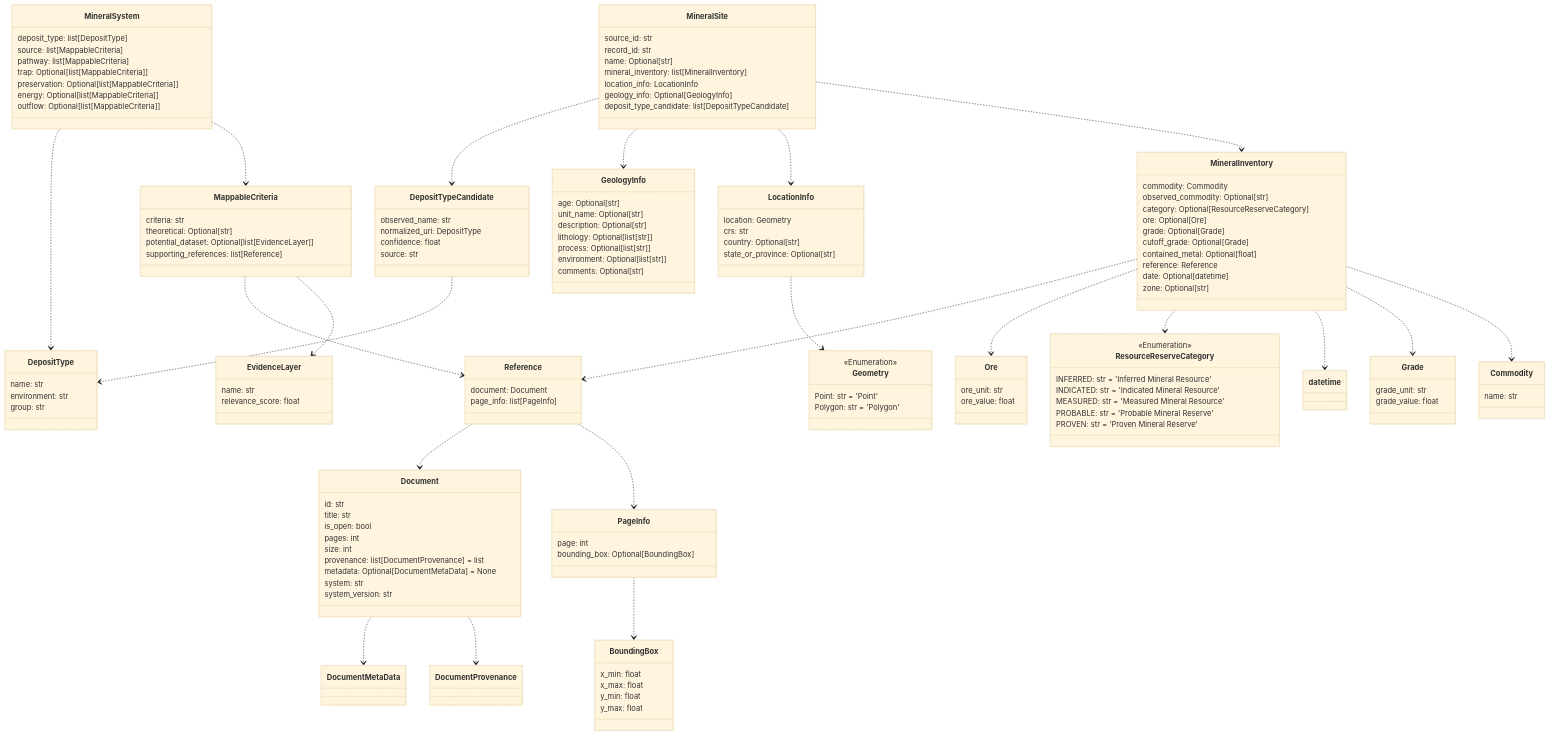
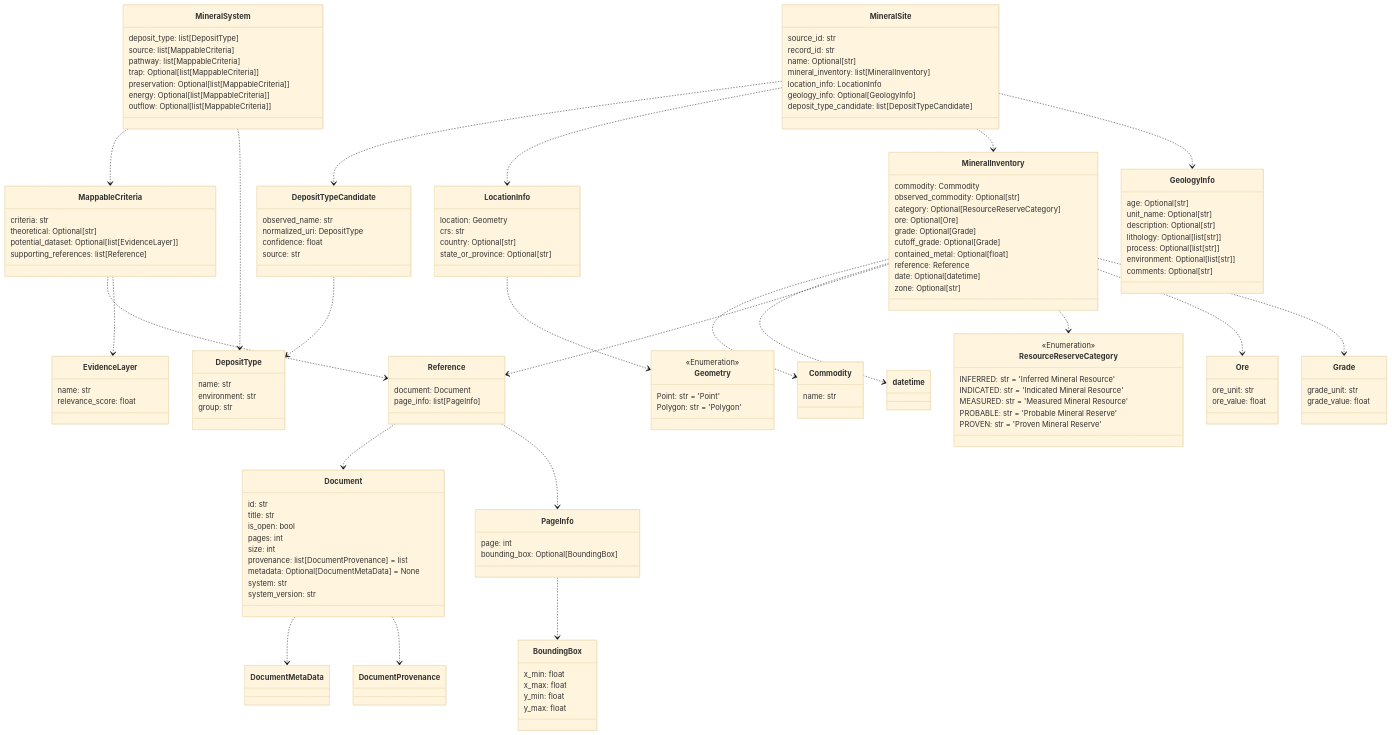
The tenth of 12 diagrams in README.md (DARPA-CRITICALMAAS/cdr_schemas), drawn with Mermaid (base theme) before and after one commit. The commit also changed other lines of this file, not shown here.

````diff
--- a/README.md
+++ b/README.md
@@ -696,10 +696,5 @@
 ```mermaid
 classDiagram
-
-    class PageInfo {
-        page: int
-        bounding_box: Optional[BoundingBox]
-    }
 
     class MineralInventory {
         commodity: Commodity
@@ -714,58 +709,19 @@
         zone: Optional[str]
     }
 
-    class EvidenceLayer {
-        name: str
-        relevance_score: float
-    }
-
-    class DepositType {
-        name: str
-        environment: str
-        group: str
-    }
-
-    class DepositTypeCandidate {
-        observed_name: str
-        normalized_uri: DepositType
-        confidence: float
-        source: str
-    }
-
-    class BoundingBox {
-        x_min: float
-        x_max: float
-        y_min: float
-        y_max: float
-    }
-
     class Grade {
         grade_unit: str
         grade_value: float
     }
 
-    class MappableCriteria {
-        criteria: str
-        theoretical: Optional[str]
-        potential_dataset: Optional[list[EvidenceLayer]]
-        supporting_references: list[Reference]
+    class PageInfo {
+        page: int
+        bounding_box: Optional[BoundingBox]
     }
 
-    class Ore {
-        ore_unit: str
-        ore_value: float
-    }
-
-    class Document {
-        id: str
-        title: str
-        is_open: bool
-        pages: int
-        size: int
-        provenance: list[DocumentProvenance] = list
-        metadata: Optional[DocumentMetaData] = None
-        system: str
-        system_version: str
+    class Reference {
+        document: Document
+        page_info: list[PageInfo]
     }
 
     class LocationInfo {
@@ -773,16 +729,6 @@
         crs: str
         country: Optional[str]
         state_or_province: Optional[str]
-    }
-
-    class GeologyInfo {
-        age: Optional[str]
-        unit_name: Optional[str]
-        description: Optional[str]
-        lithology: Optional[list[str]]
-        process: Optional[list[str]]
-        environment: Optional[list[str]]
-        comments: Optional[str]
     }
 
     class MineralSite {
@@ -793,6 +739,35 @@
         location_info: LocationInfo
         geology_info: Optional[GeologyInfo]
         deposit_type_candidate: list[DepositTypeCandidate]
+    }
+
+    class EvidenceLayer {
+        name: str
+        relevance_score: float
+    }
+
+    class Ore {
+        ore_unit: str
+        ore_value: float
+    }
+
+    class DepositType {
+        name: str
+        environment: str
+        group: str
+    }
+
+    class Geometry {
+        <<Enumeration>>
+        Point: str = 'Point'
+        Polygon: str = 'Polygon'
+    }
+
+    class MappableCriteria {
+        criteria: str
+        theoretical: Optional[str]
+        potential_dataset: Optional[list[EvidenceLayer]]
+        supporting_references: list[Reference]
     }
 
     class MineralSystem {
@@ -809,6 +784,25 @@
         name: str
     }
 
+    class DepositTypeCandidate {
+        observed_name: str
+        normalized_uri: DepositType
+        confidence: float
+        source: str
+    }
+
+    class Document {
+        id: str
+        title: str
+        is_open: bool
+        pages: int
+        size: int
+        provenance: list[DocumentProvenance] = list
+        metadata: Optional[DocumentMetaData] = None
+        system: str
+        system_version: str
+    }
+
     class ResourceReserveCategory {
         <<Enumeration>>
         INFERRED: str = 'Inferred Mineral Resource'
@@ -818,38 +812,44 @@
         PROVEN: str = 'Proven Mineral Reserve'
     }
 
-    class Geometry {
-        <<Enumeration>>
-        Point: str = 'Point'
-        Polygon: str = 'Polygon'
+    class GeologyInfo {
+        age: Optional[str]
+        unit_name: Optional[str]
+        description: Optional[str]
+        lithology: Optional[list[str]]
+        process: Optional[list[str]]
+        environment: Optional[list[str]]
+        comments: Optional[str]
     }
 
-    class Reference {
-        document: Document
-        page_info: list[PageInfo]
+    class BoundingBox {
+        x_min: float
+        x_max: float
+        y_min: float
+        y_max: float
     }
 
+    Document ..> DocumentMetaData
     Document ..> DocumentProvenance
-    Document ..> DocumentMetaData
     DepositTypeCandidate ..> DepositType
     PageInfo ..> BoundingBox
+    Reference ..> Document
     Reference ..> PageInfo
-    Reference ..> Document
+    MappableCriteria ..> Reference
     MappableCriteria ..> EvidenceLayer
-    MappableCriteria ..> Reference
     MineralSystem ..> MappableCriteria
     MineralSystem ..> DepositType
     MineralInventory ..> Commodity
-    MineralInventory ..> Grade
     MineralInventory ..> datetime
+    MineralInventory ..> Reference
     MineralInventory ..> ResourceReserveCategory
     MineralInventory ..> Ore
-    MineralInventory ..> Reference
+    MineralInventory ..> Grade
     LocationInfo ..> Geometry
+    MineralSite ..> DepositTypeCandidate
+    MineralSite ..> LocationInfo
     MineralSite ..> MineralInventory
-    MineralSite ..> LocationInfo
     MineralSite ..> GeologyInfo
-    MineralSite ..> DepositTypeCandidate
 
 
 ```
````
